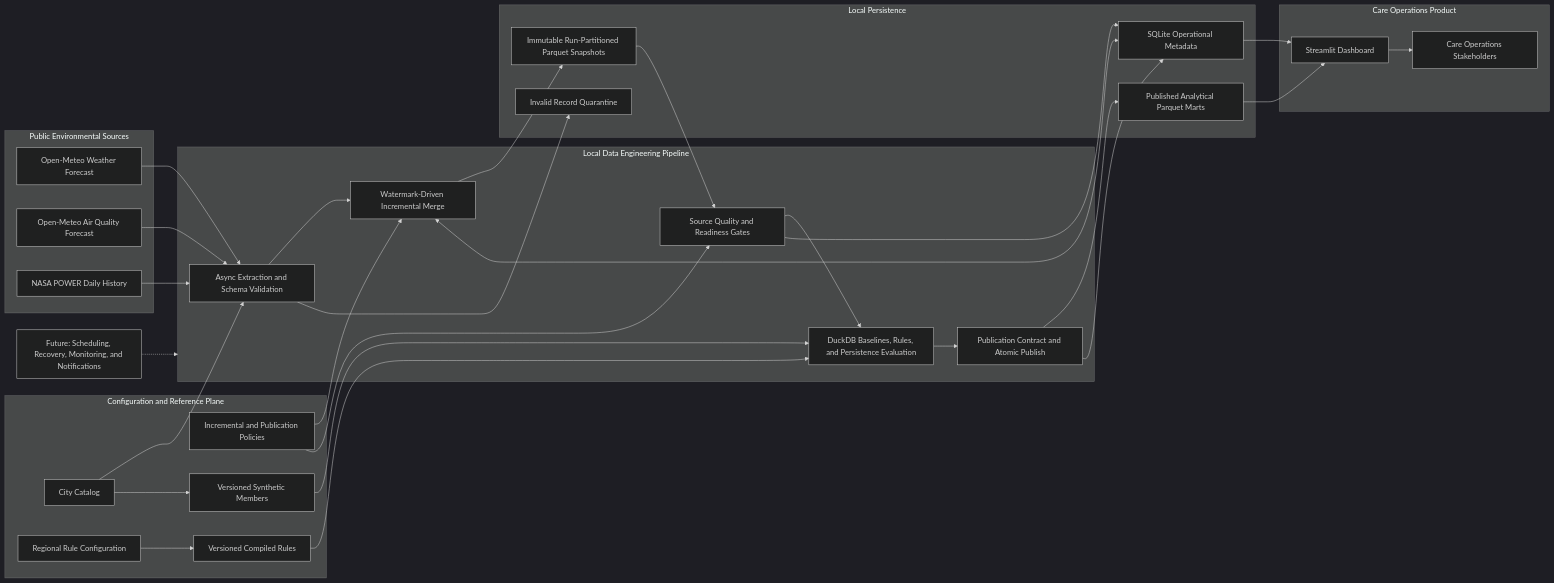
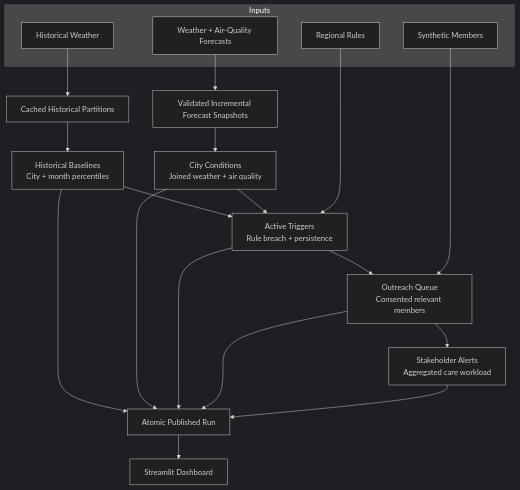
Before and after one commit to yasho6o4l999/CareSignalIndia: the second of 3 diagrams in docs/architecture.md, drawn with Mermaid (dark theme). The commit also changed other lines of this file, not shown here.

Commit message:
docs: simplify architecture diagrams

````diff
--- a/docs/architecture.md
+++ b/docs/architecture.md
@@ -9,63 +45,30 @@
 ```mermaid
-flowchart LR
-    subgraph Sources["Public Environmental Sources"]
-        Weather["Open-Meteo Weather Forecast"]
-        Air["Open-Meteo Air Quality Forecast"]
-        History["NASA POWER Daily History"]
+flowchart TD
+    subgraph Inputs["Inputs"]
+        Forecasts["Weather + Air-Quality Forecasts"]
+        History["Historical Weather"]
+        Rules["Regional Rules"]
+        Members["Synthetic Members"]
     end
 
-    subgraph Control["Configuration and Reference Plane"]
-        Cities["City Catalog"]
-        Policies["Incremental and Publication Policies"]
-        RuleConfig["Regional Rule Configuration"]
-        RuleReference["Versioned Compiled Rules"]
-        MemberReference["Versioned Synthetic Members"]
-    end
+    Forecasts --> RawForecast["Validated Incremental Forecast Snapshots"]
+    History --> RawHistory["Cached Historical Partitions"]
 
-    subgraph Pipeline["Local Data Engineering Pipeline"]
-        Extract["Async Extraction and Schema Validation"]
-        Incremental["Watermark-Driven Incremental Merge"]
-        Quality["Source Quality and Readiness Gates"]
-        Decisioning["DuckDB Baselines, Rules, and Persistence Evaluation"]
-        Publish["Publication Contract and Atomic Publish"]
-    end
+    RawHistory --> Baselines["Historical Baselines<br/>City + month percentiles"]
+    RawForecast --> Conditions["City Conditions<br/>Joined weather + air quality"]
 
-    subgraph Storage["Local Persistence"]
-        Raw["Immutable Run-Partitioned Parquet Snapshots"]
-        Marts["Published Analytical Parquet Marts"]
-        SQLite["SQLite Operational Metadata"]
-        Quarantine["Invalid Record Quarantine"]
-    end
+    Baselines --> Triggers["Active Triggers<br/>Rule breach + persistence"]
+    Conditions --> Triggers
+    Rules --> Triggers
 
-    subgraph Product["Care Operations Product"]
-        Dashboard["Streamlit Dashboard"]
-        Stakeholders["Care Operations Stakeholders"]
-    end
+    Triggers --> Outreach["Outreach Queue<br/>Consented relevant members"]
+    Members --> Outreach
+    Outreach --> Alerts["Stakeholder Alerts<br/>Aggregated care workload"]
 
-    Weather --> Extract
-    Air --> Extract
-    History --> Extract
-    Cities --> Extract
-    Policies --> Incremental
-    Policies --> Quality
-    RuleConfig --> RuleReference
-    Cities --> MemberReference
-    RuleReference --> Decisioning
-    MemberReference --> Decisioning
-    Extract --> Incremental
-    Incremental --> Raw
-    Raw --> Quality
-    Quality --> Decisioning
-    Decisioning --> Publish
-    Publish --> Marts
-    Extract --> Quarantine
-    Incremental <--> SQLite
-    Quality --> SQLite
-    Publish --> SQLite
-    Marts --> Dashboard
-    SQLite --> Dashboard
-    Dashboard --> Stakeholders
-
-    Future["Future: Scheduling, Recovery, Monitoring, and Notifications"]
-    Future -.-> Pipeline
+    Baselines --> Published["Atomic Published Run"]
+    Conditions --> Published
+    Triggers --> Published
+    Outreach --> Published
+    Alerts --> Published
+    Published --> Dashboard["Streamlit Dashboard"]
 ```
````
